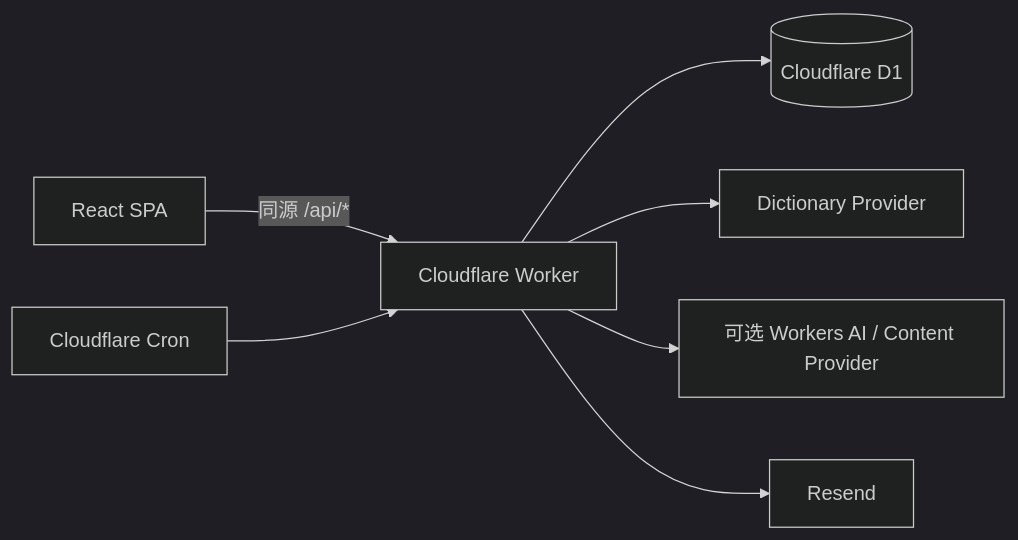
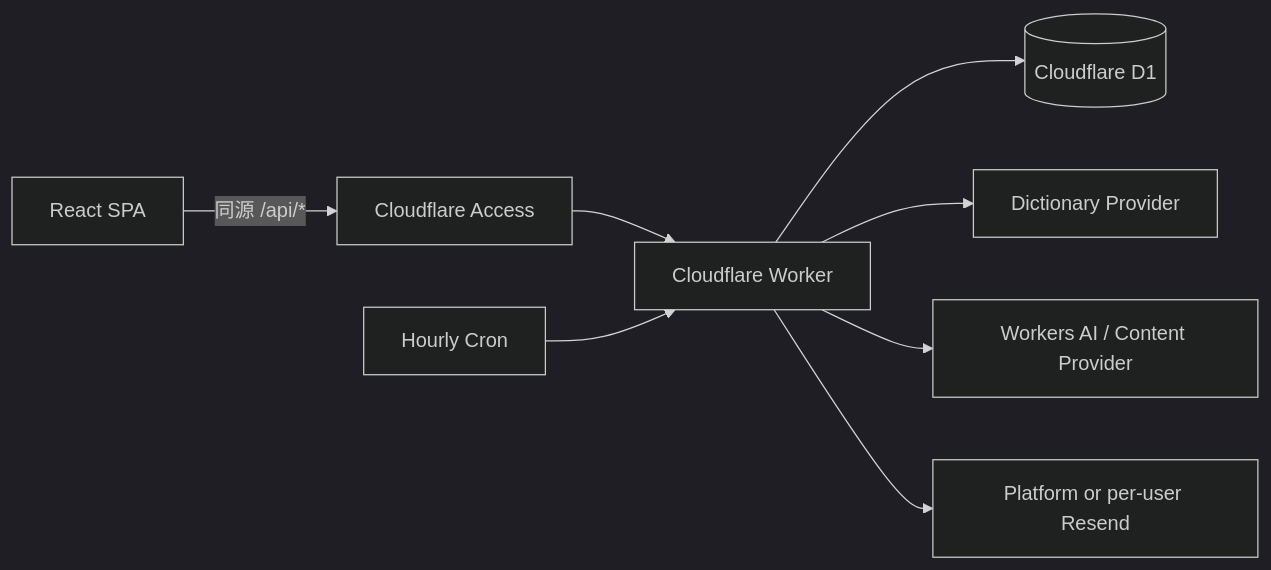
The diagram in ARCHITECTURE.md (autumnnmutua/morrowlilt), drawn with Mermaid (dark theme) before and after one commit. The commit also changed other lines of this file and 50 other files, not shown here.

````diff
--- a/ARCHITECTURE.md
+++ b/ARCHITECTURE.md
@@ -5,9 +5,10 @@
 ```mermaid
 flowchart LR
-  Browser[React SPA] -->|同源 /api/*| Worker[Cloudflare Worker]
+  Browser[React SPA] -->|同源 /api/*| Access[Cloudflare Access]
+  Access --> Worker[Cloudflare Worker]
   Worker --> D1[(Cloudflare D1)]
   Worker --> Dictionary[Dictionary Provider]
-  Worker --> AI[可选 Workers AI / Content Provider]
-  Cron[Cloudflare Cron] --> Worker
-  Worker --> Resend[Resend]
+  Worker --> AI[Workers AI / Content Provider]
+  Cron[Hourly Cron] --> Worker
+  Worker --> Resend[Platform or per-user Resend]
 ```
````
